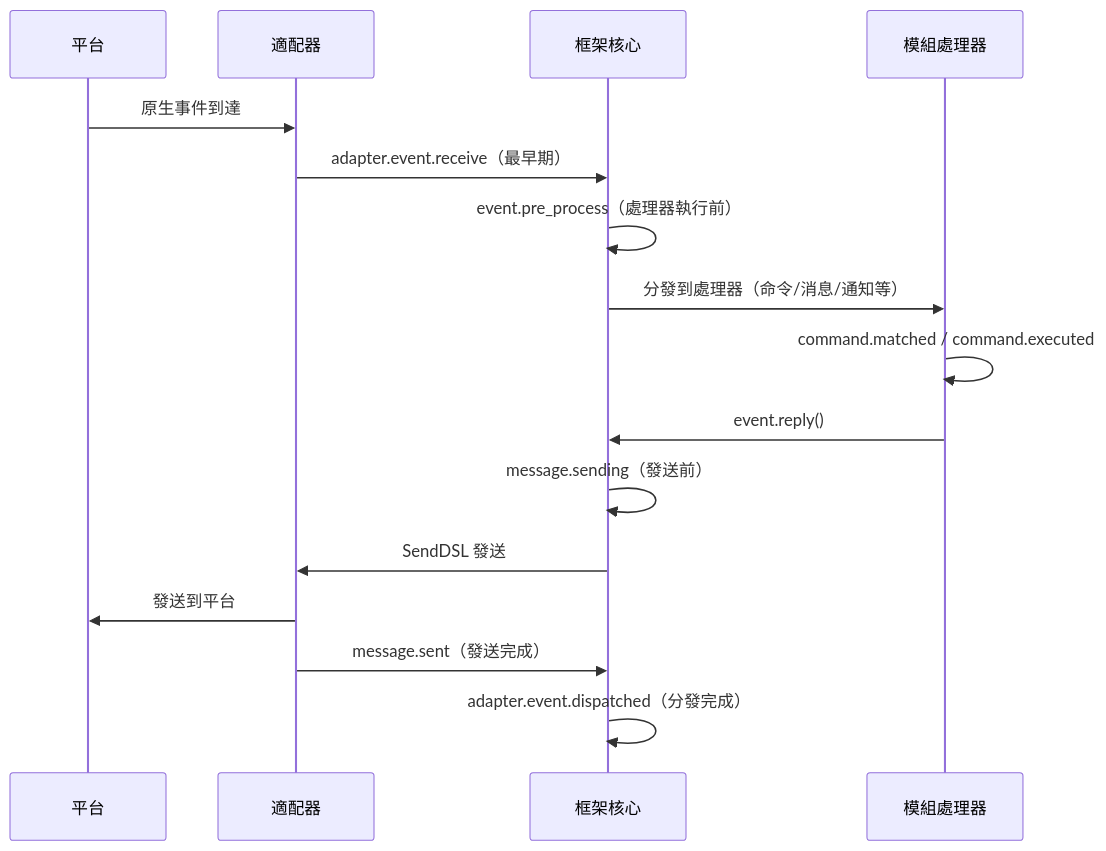
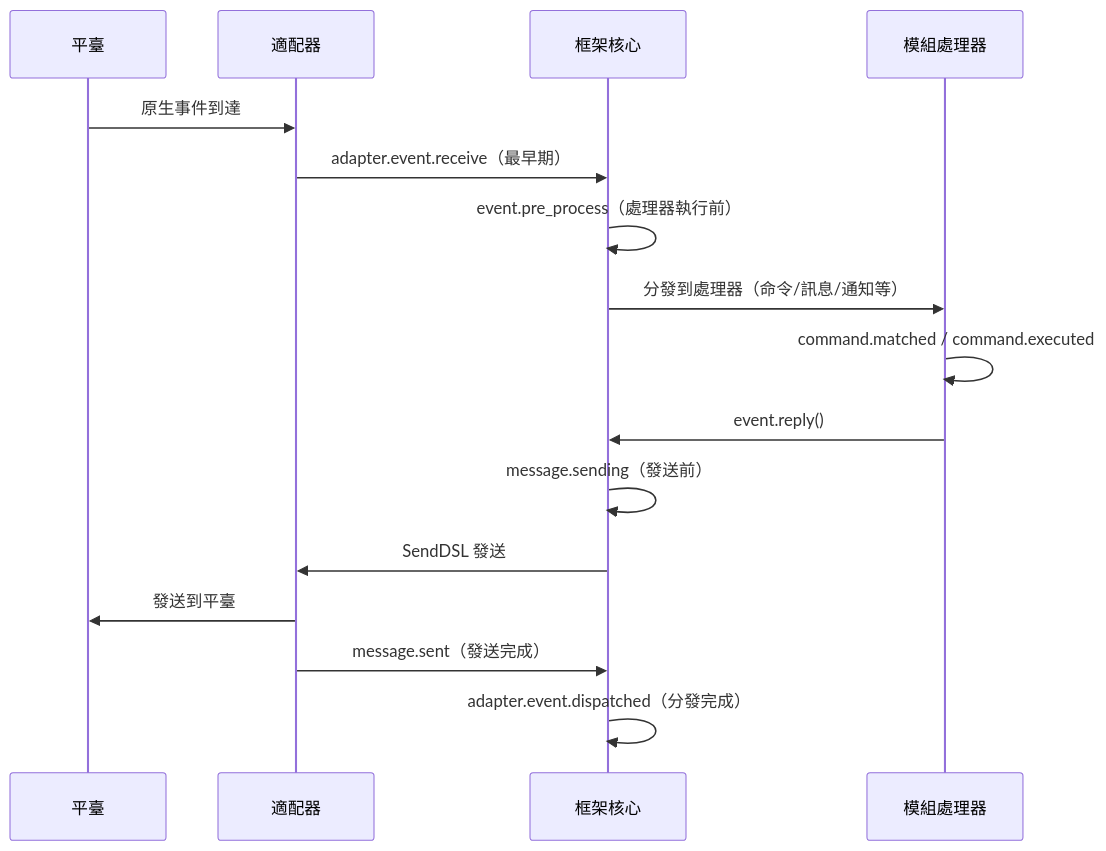
The diagram in docs/zh-TW/advanced/lifecycle.md (ErisPulse/ErisPulse), drawn with Mermaid before and after one commit. The commit also changed other lines of this file and 828 other files, not shown here.

````diff
--- a/docs/zh-TW/advanced/lifecycle.md
+++ b/docs/zh-TW/advanced/lifecycle.md
@@ -121,19 +134,19 @@
 ```mermaid
 sequenceDiagram
-    participant P as 平台
+    participant P as 平臺
     participant A as 適配器
     participant F as 框架核心
     participant M as 模組處理器
 
     P->>A: 原生事件到達
     A->>F: adapter.event.receive（最早期）
     F->>F: event.pre_process（處理器執行前）
-    F->>M: 分發到處理器（命令/消息/通知等）
+    F->>M: 分發到處理器（命令/訊息/通知等）
     M->>M: command.matched / command.executed
     M->>F: event.reply()
     F->>F: message.sending（發送前）
     F->>A: SendDSL 發送
-    A->>P: 發送到平台
+    A->>P: 發送到平臺
     A->>F: message.sent（發送完成）
     F->>F: adapter.event.dispatched（分發完成）
 ```
````
